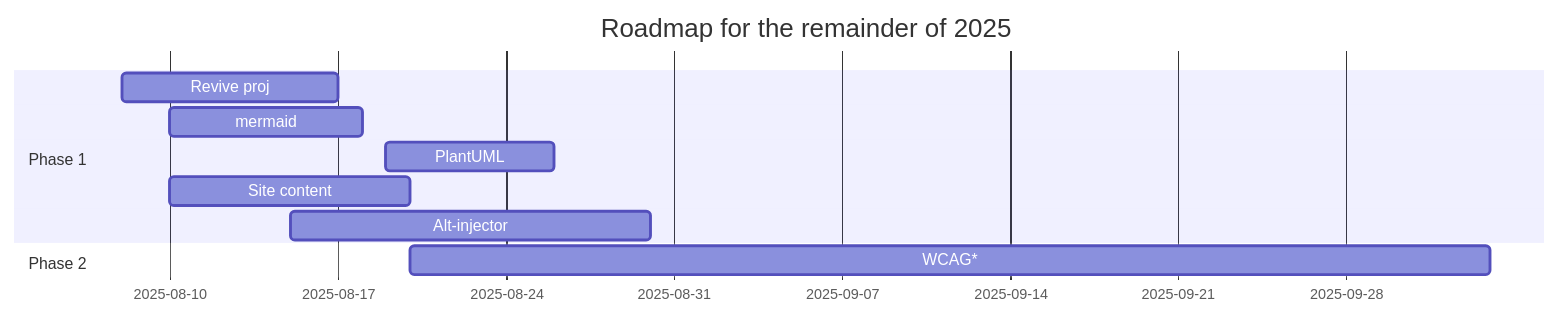
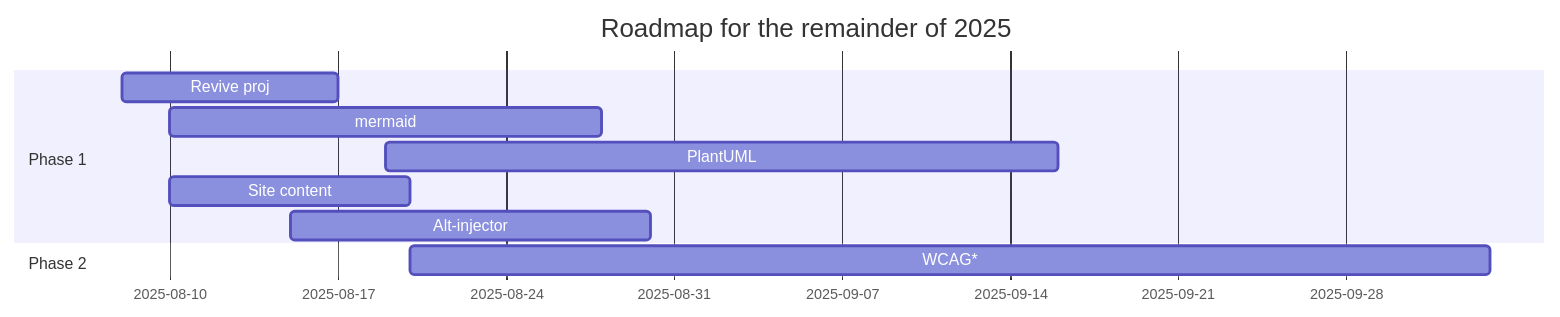
The diagram in docs/sec_about/roadmap.md (cassmastern/lers-sandbox), drawn with Mermaid before and after one commit. The commit also changed other lines of this file and 16 other files, not shown here.

Commit message:
add local copy of mermaid.min.js; accTitle and accDescr now working without JS injector

````diff
--- a/docs/sec_about/roadmap.md
+++ b/docs/sec_about/roadmap.md
@@ -3,13 +3,13 @@
 ```mermaid
 gantt
     title Roadmap for the remainder of 2025
     dateFormat  MM-DD
     section Phase 1
     Revive proj                 :a1, 08-08, 9d
-    mermaid             :08-10, 8d
-    PlantUML                :08-19, 7d
+    mermaid             :08-10, 18d
+    PlantUML                :08-19, 28d
     Site content         :08-10, 10d
     Alt-injector                :08-15, 15d
     section Phase 2
     WCAG*                        :08-20, 45d
 ```
````
